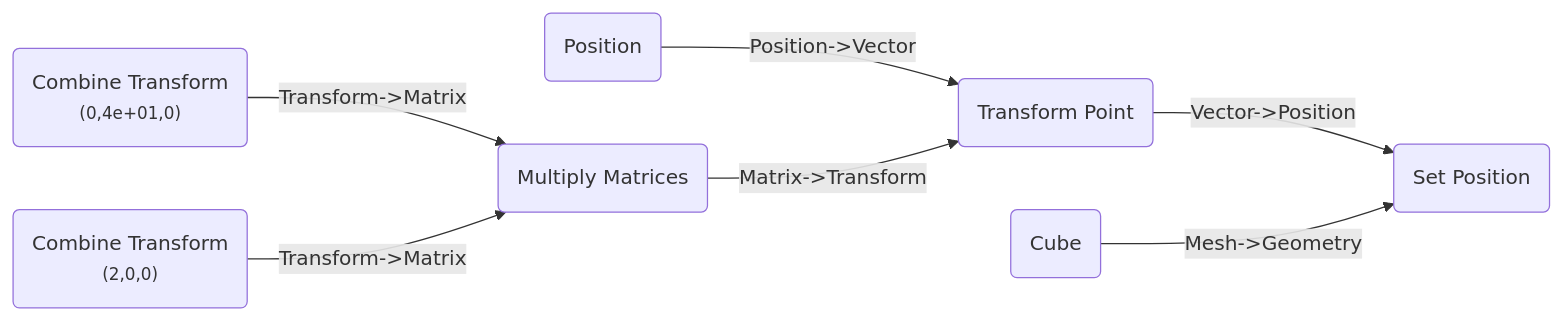
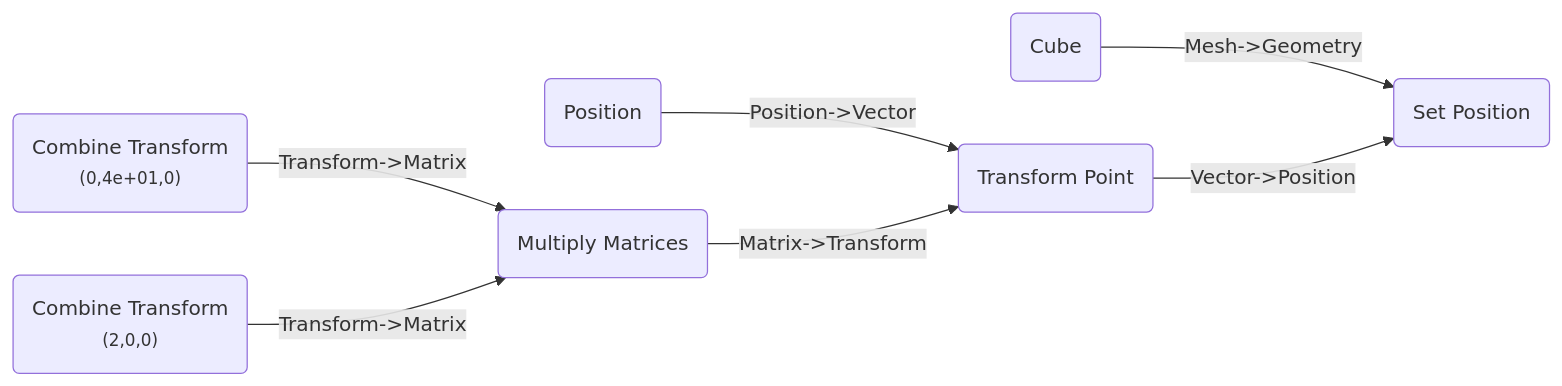
The eighth of 11 diagrams in operators.llms.md (BradyAJohnston/nodebpy), drawn with Mermaid before and after one commit. The commit also changed other lines of this file and 104 other files, not shown here.

````diff
--- a/operators.llms.md
+++ b/operators.llms.md
@@ -290,16 +290,16 @@
 ``` mermaid
 graph LR
     N0("Combine Transform<br/><small>(0,4e+01,0)</small>"):::converter-node
     N1("Combine Transform<br/><small>(2,0,0)</small>"):::converter-node
     N2("Position"):::input-node
     N3("Multiply Matrices"):::converter-node
     N4("Cube"):::geometry-node
     N5("Transform Point"):::converter-node
     N6("Set Position"):::geometry-node
     N0 -->|"Transform->Matrix"| N3
     N1 -->|"Transform->Matrix"| N3
     N2 -->|"Position->Vector"| N5
     N3 -->|"Matrix->Transform"| N5
+    N4 -->|"Mesh->Geometry"| N6
     N5 -->|"Vector->Position"| N6
-    N4 -->|"Mesh->Geometry"| N6
 ```
````
